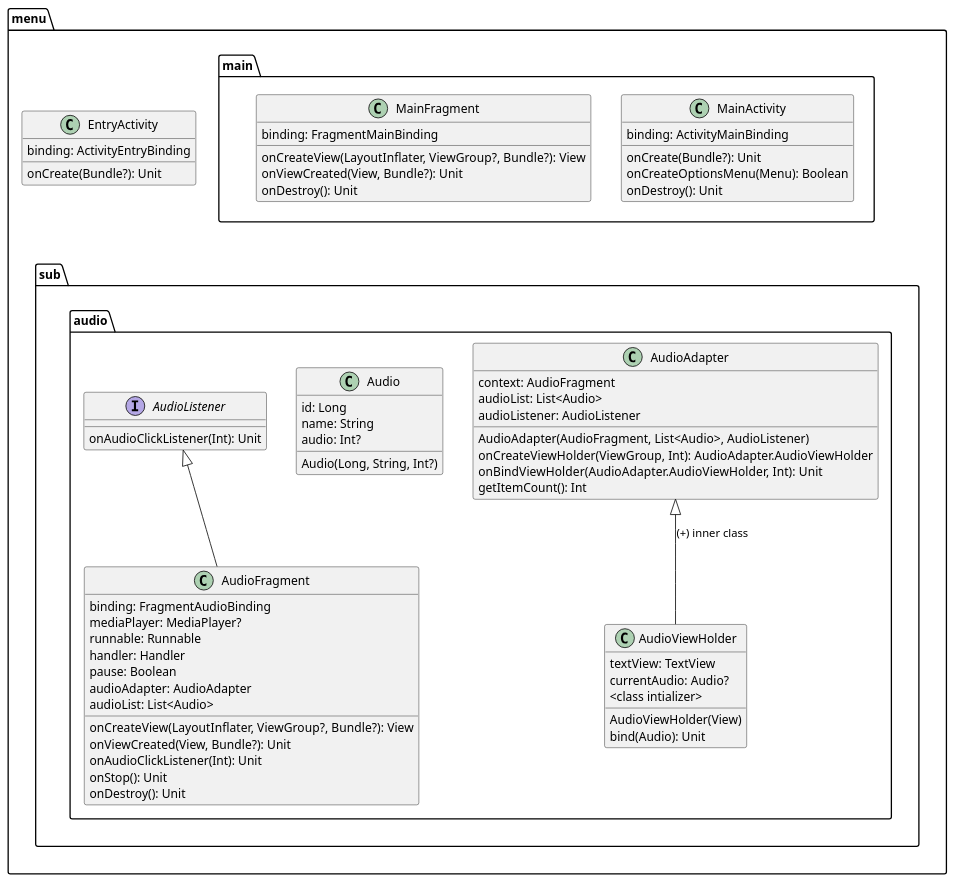
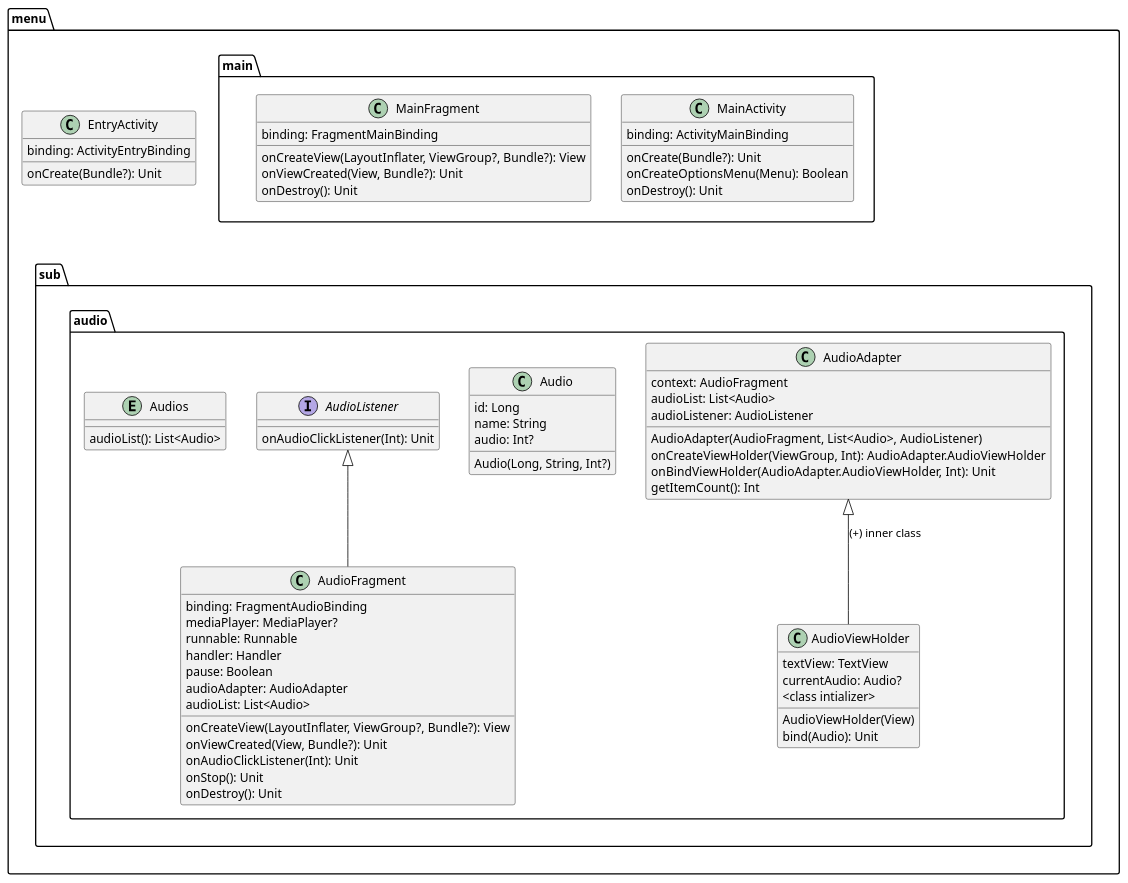
One commit to vertigonale/botify2 changed the diagram in Documents/classesAudioUML.puml. Above: the diagram before and after it, drawn with PlantUML.

Commit message:
update class diagram

```diff
--- a/Documents/classesAudioUML.puml
+++ b/Documents/classesAudioUML.puml
@@ -1,88 +1,91 @@
 @startuml
 'comment
 
 ' packages
 package "menu" {
 
     class EntryActivity {
         binding: ActivityEntryBinding
     ' TODO should "Unit" be omitted? it basically means "void"
         onCreate(Bundle?): Unit
     }
 
     package "main" {
 
         class MainActivity {
             binding: ActivityMainBinding
             onCreate(Bundle?): Unit
             onCreateOptionsMenu(Menu): Boolean
             onDestroy(): Unit
         }
 
         class MainFragment {
             binding: FragmentMainBinding
             onCreateView(LayoutInflater, ViewGroup?, Bundle?): View
             onViewCreated(View, Bundle?): Unit
             onDestroy(): Unit
         }
     }
 
     package "sub" {
         package "audio" {
 
             class AudioFragment {
                 binding: FragmentAudioBinding
                 mediaPlayer: MediaPlayer?
                 runnable: Runnable
                 handler: Handler
                 pause: Boolean
                 audioAdapter: AudioAdapter
                 audioList: List<Audio>
                 onCreateView(LayoutInflater, ViewGroup?, Bundle?): View
                 onViewCreated(View, Bundle?): Unit
                 onAudioClickListener(Int): Unit
                 onStop(): Unit
                 onDestroy(): Unit
             }
 
             class AudioAdapter {
                 context: AudioFragment
                 audioList: List<Audio>
                 audioListener: AudioListener
                 AudioAdapter(AudioFragment, List<Audio>, AudioListener)
                 onCreateViewHolder(ViewGroup, Int): AudioAdapter.AudioViewHolder
                 onBindViewHolder(AudioAdapter.AudioViewHolder, Int): Unit
                 getItemCount(): Int
             }
 
             class AudioViewHolder {
                 textView: TextView
                 currentAudio: Audio?
             ' TODO what to do with this pain in the ass?
                 <class intializer>
                 AudioViewHolder(View)
                 bind(Audio): Unit
             }
 
             class Audio {
                 id: Long
                 name: String
                 audio: Int?
                 Audio(Long, String, Int?)
             }
 
             interface AudioListener {
                 onAudioClickListener(Int): Unit
             }
-        'TODO how to handle "Audios.kt"
+            'TODO how to handle "Audios.kt"
+            entity Audios {
+                audioList(): List<Audio>
+            }
         }
     }
 }
 
 ' dependencies
     AudioListener <|-- AudioFragment
     AudioAdapter <|-- AudioViewHolder : (+) inner class
 
 ' output layout
     main-down[hidden]-sub
 @enduml
```
